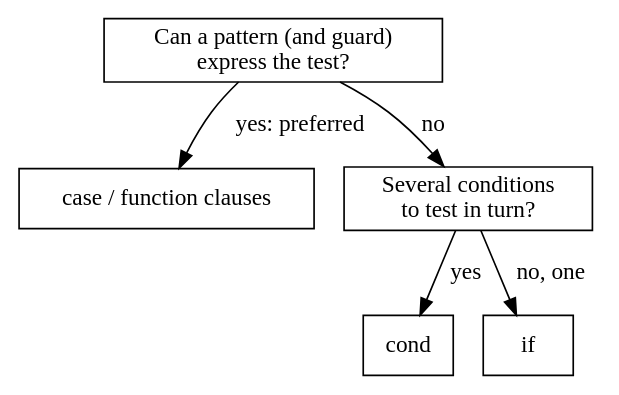
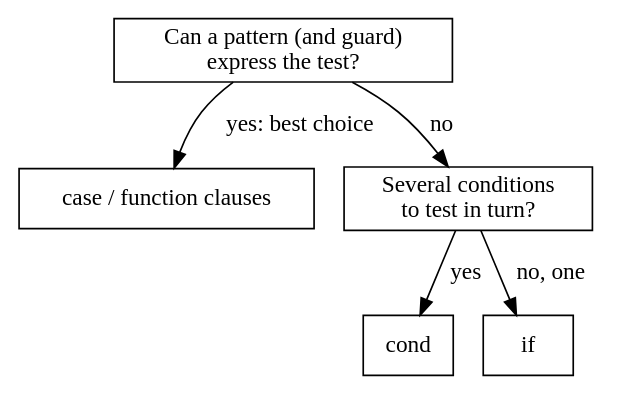
The diagram in docs/diagrams/case-cond-and-if/choose.dot (danceinthefake/visualixir), drawn with Graphviz before and after one commit. The commit also changed 37 other files, not shown here.

```diff
--- a/docs/diagrams/case-cond-and-if/choose.dot
+++ b/docs/diagrams/case-cond-and-if/choose.dot
@@ -1,12 +1,12 @@
 digraph choose {
   node [shape=box]
   q1 [label="Can a pattern (and guard)\nexpress the test?"]
   case [label="case / function clauses" class=hl]
   q2 [label="Several conditions\nto test in turn?"]
   cond [label="cond" class=hl]
   if [label="if" class=hl]
-  q1 -> case [label=" yes: preferred"]
+  q1 -> case [label=" yes: best choice"]
   q1 -> q2 [label=" no"]
   q2 -> cond [label=" yes"]
   q2 -> if [label=" no, one"]
 }
```
